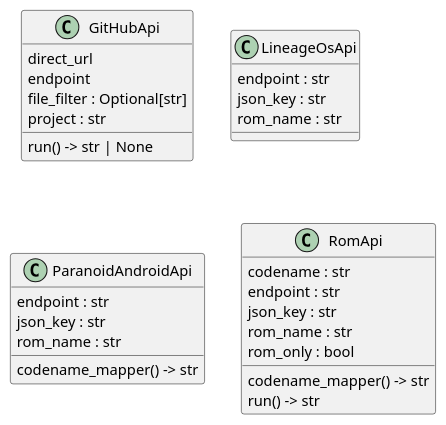
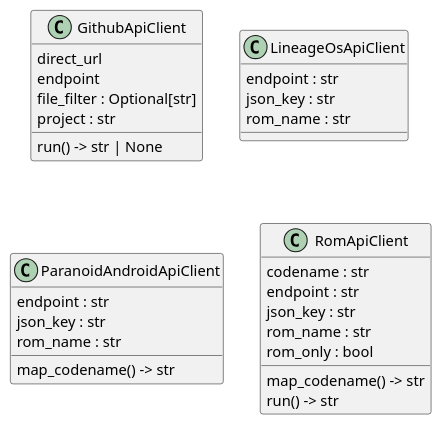
One commit to seppzer0/zero_kernel changed the diagram in docs/architecture/clients/classes.puml. Above: the diagram before and after it, drawn with PlantUML. The commit also changed 45 other files, not shown here.

```diff
--- a/docs/architecture/clients/classes.puml
+++ b/docs/architecture/clients/classes.puml
@@ -1,30 +1,30 @@
 @startuml classes
 set namespaceSeparator none
-class "GitHubApi" as clients.github.GitHubApi {
+class "GithubApiClient" as clients.github.GithubApiClient {
   direct_url
   endpoint
   file_filter : Optional[str]
   project : str
   run() -> str | None
 }
-class "LineageOsApi" as clients.los.LineageOsApi {
+class "LineageOsApiClient" as clients.los.LineageOsApiClient {
   endpoint : str
   json_key : str
   rom_name : str
 }
-class "ParanoidAndroidApi" as clients.pa.ParanoidAndroidApi {
+class "ParanoidAndroidApiClient" as clients.pa.ParanoidAndroidApiClient {
   endpoint : str
   json_key : str
   rom_name : str
-  codename_mapper() -> str
+  map_codename() -> str
 }
-class "RomApi" as clients.rom_api.RomApi {
+class "RomApiClient" as clients.rom_api.RomApiClient {
   codename : str
   endpoint : str
   json_key : str
   rom_name : str
   rom_only : bool
-  codename_mapper() -> str
+  map_codename() -> str
   run() -> str
 }
 @enduml
```
